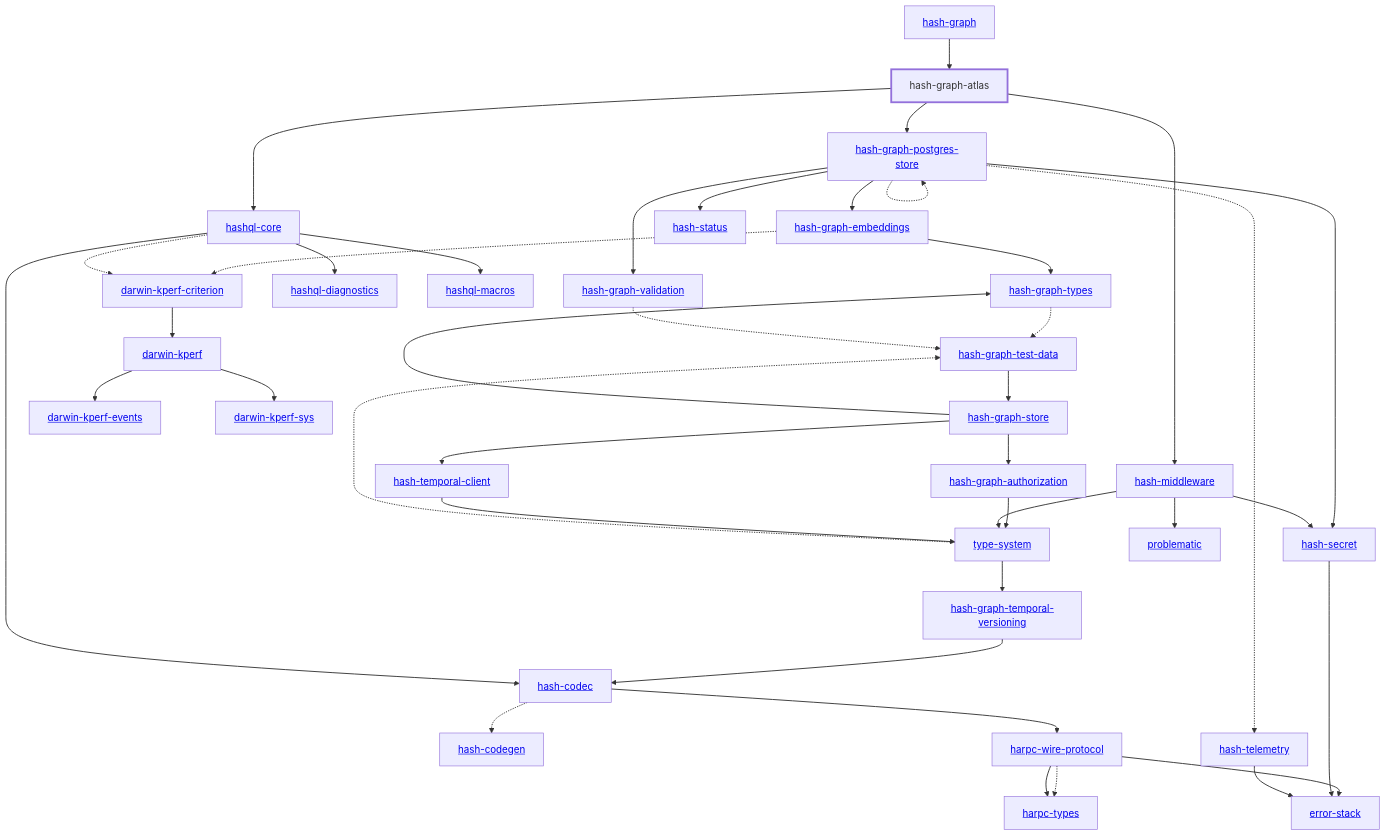
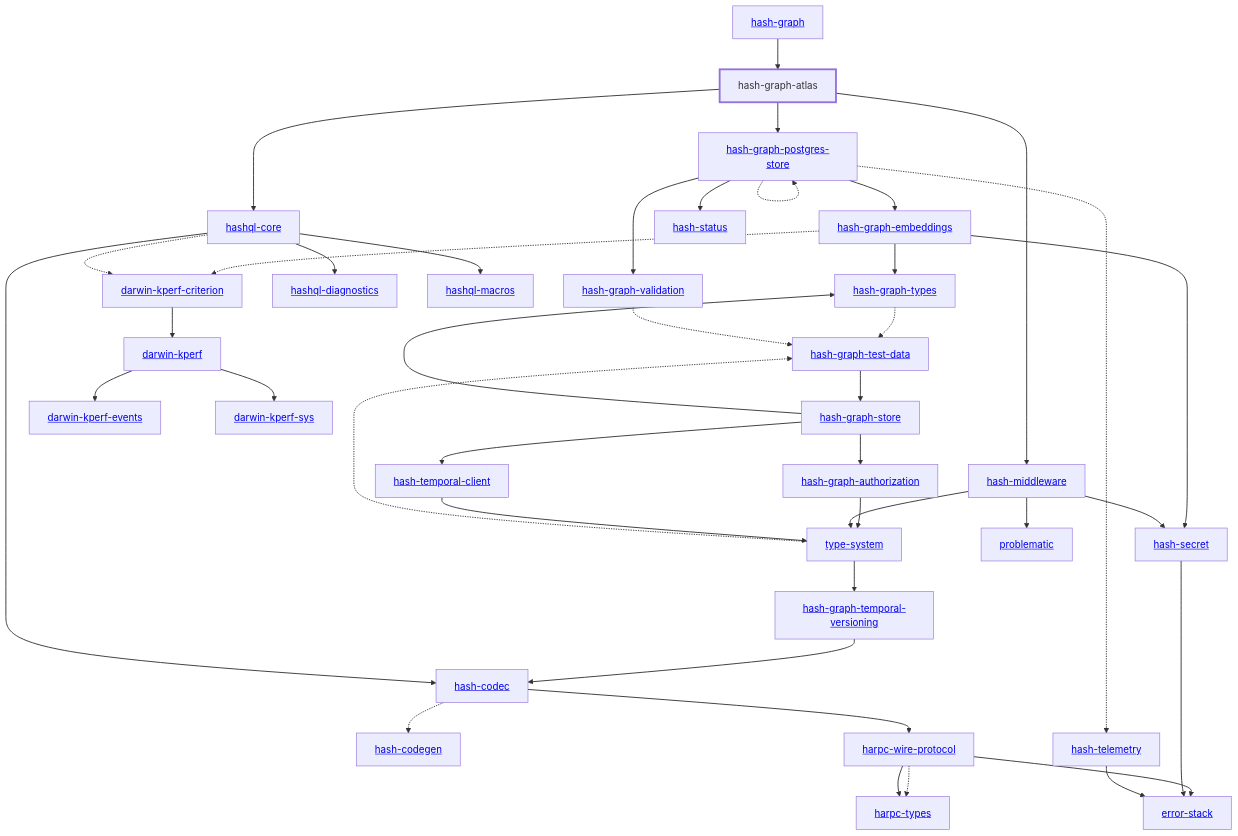
The diagram in libs/@local/graph/atlas/docs/dependency-diagram.mmd (hashintel/hash), drawn with Mermaid before and after one commit. The commit also changed 34 other files, not shown here.

```diff
--- a/libs/@local/graph/atlas/docs/dependency-diagram.mmd
+++ b/libs/@local/graph/atlas/docs/dependency-diagram.mmd
@@ -1,80 +1,80 @@
 graph TD
     linkStyle default stroke-width:1.5px
     classDef default stroke-width:1px
     classDef root stroke-width:3px
     classDef dev stroke-width:1px
     classDef build stroke-width:1px
     %% Legend
     %% --> : Normal dependency
     %% -.-> : Dev dependency
     %% ---> : Build dependency
     0[<a href="../hash_graph/index.html">hash-graph</a>]
     1[<a href="../type_system/index.html">type-system</a>]
     2[<a href="../hash_codec/index.html">hash-codec</a>]
     3[<a href="../hash_codegen/index.html">hash-codegen</a>]
     4[hash-graph-atlas]
     class 4 root
     5[<a href="../hash_graph_authorization/index.html">hash-graph-authorization</a>]
     6[<a href="../hash_graph_embeddings/index.html">hash-graph-embeddings</a>]
     7[<a href="../hash_graph_postgres_store/index.html">hash-graph-postgres-store</a>]
     8[<a href="../hash_graph_store/index.html">hash-graph-store</a>]
     9[<a href="../hash_graph_temporal_versioning/index.html">hash-graph-temporal-versioning</a>]
     10[<a href="../hash_graph_types/index.html">hash-graph-types</a>]
     11[<a href="../hash_graph_validation/index.html">hash-graph-validation</a>]
     12[<a href="../harpc_types/index.html">harpc-types</a>]
     13[<a href="../harpc_wire_protocol/index.html">harpc-wire-protocol</a>]
     14[<a href="../hashql_core/index.html">hashql-core</a>]
     15[<a href="../hashql_diagnostics/index.html">hashql-diagnostics</a>]
     16[<a href="../hashql_macros/index.html">hashql-macros</a>]
     17[<a href="../hash_middleware/index.html">hash-middleware</a>]
     18[<a href="../hash_secret/index.html">hash-secret</a>]
     19[<a href="../hash_status/index.html">hash-status</a>]
     20[<a href="../hash_telemetry/index.html">hash-telemetry</a>]
     21[<a href="../hash_temporal_client/index.html">hash-temporal-client</a>]
     22[<a href="../darwin_kperf/index.html">darwin-kperf</a>]
     23[<a href="../darwin_kperf_criterion/index.html">darwin-kperf-criterion</a>]
     24[<a href="../darwin_kperf_events/index.html">darwin-kperf-events</a>]
     25[<a href="../darwin_kperf_sys/index.html">darwin-kperf-sys</a>]
     26[<a href="../error_stack/index.html">error-stack</a>]
     27[<a href="../problematic/index.html">problematic</a>]
     28[<a href="../hash_graph_test_data/index.html">hash-graph-test-data</a>]
     0 --> 4
     1 --> 9
     1 -.-> 28
     2 -.-> 3
     2 --> 13
     4 --> 7
     4 --> 14
     4 --> 17
     5 --> 1
     6 --> 10
+    6 --> 18
     6 -.-> 23
     7 --> 6
     7 -.-> 7
     7 --> 11
-    7 --> 18
     7 --> 19
     7 -.-> 20
     8 --> 5
     8 --> 10
     8 --> 21
     9 --> 2
     10 -.-> 28
     11 -.-> 28
     13 -.-> 12
     13 --> 12
     13 --> 26
     14 --> 2
     14 --> 15
     14 --> 16
     14 -.-> 23
     17 --> 1
     17 --> 18
     17 --> 27
     18 --> 26
     20 --> 26
     21 --> 1
     22 --> 24
     22 --> 25
     23 --> 22
     28 --> 8
```
